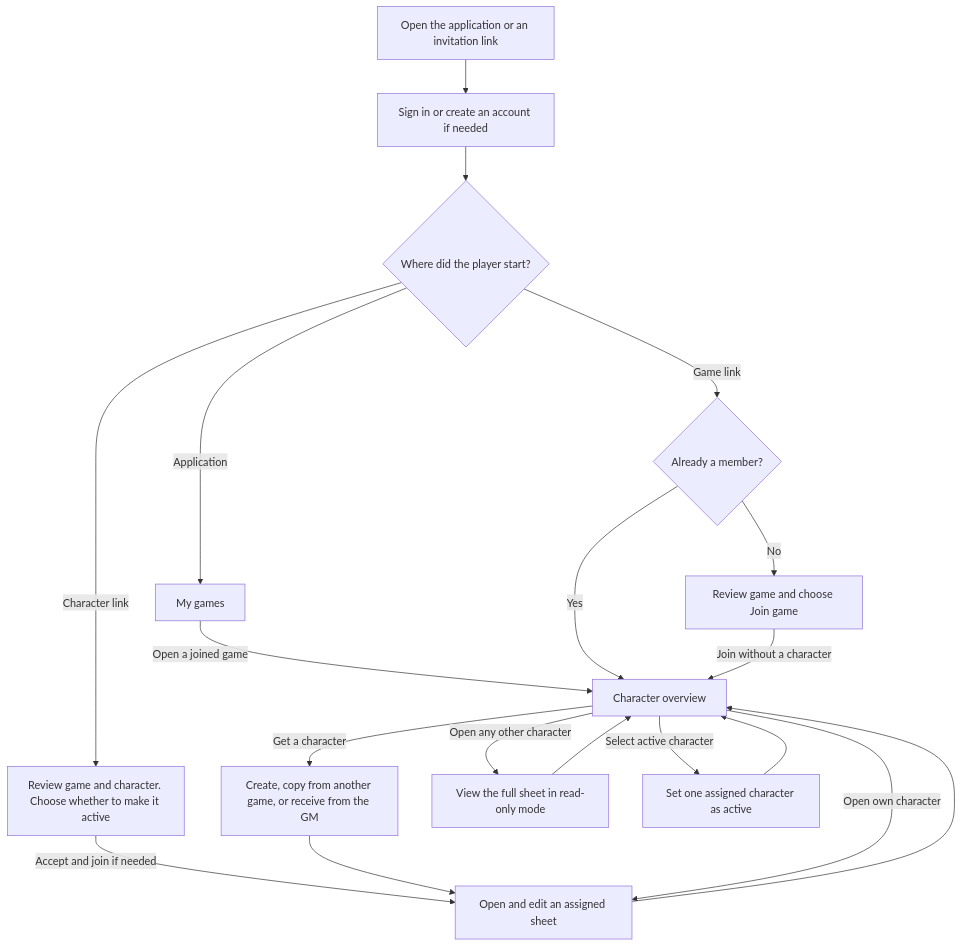
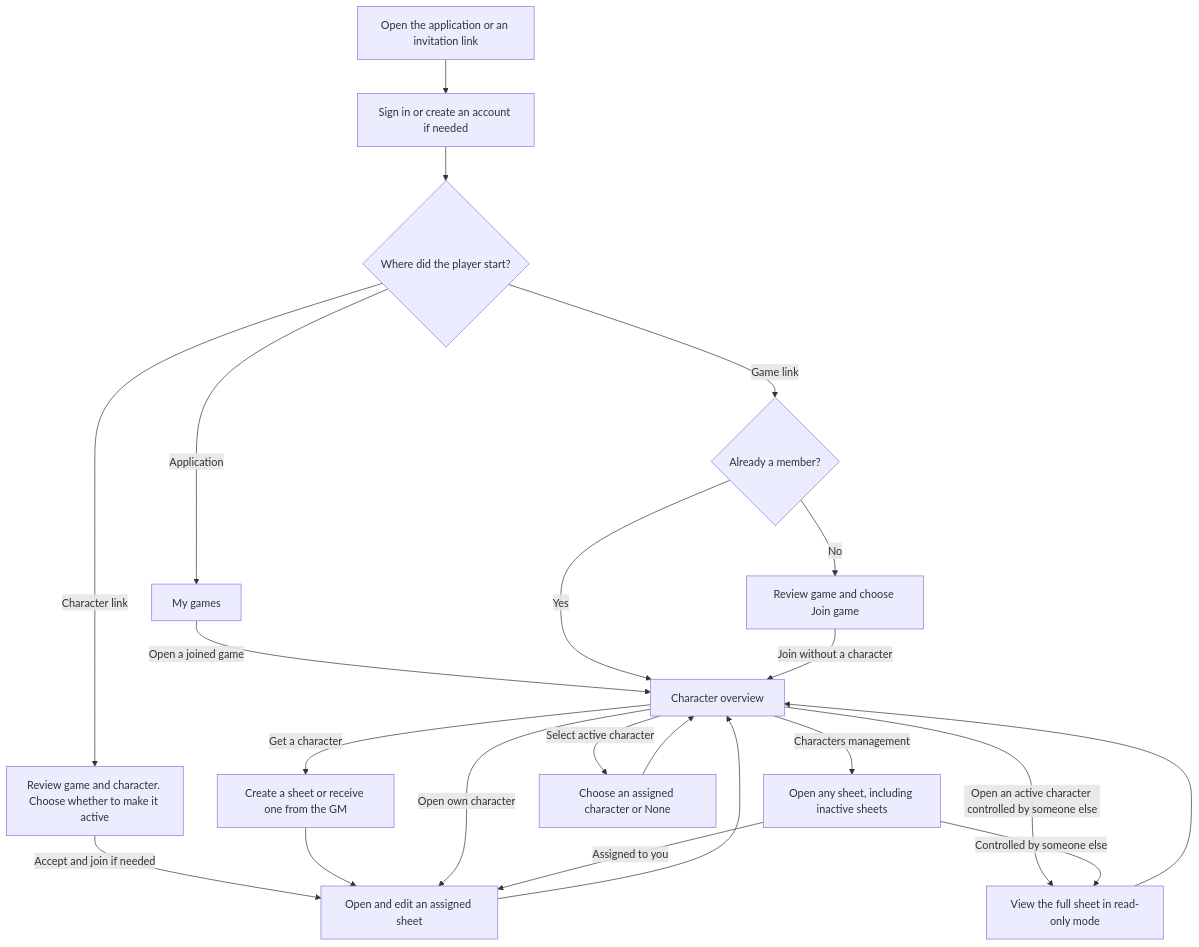
One commit to Mighty683/rpg-engine changed the second of 2 diagrams in docs/tasks/gm-player-separation/ux.md. Above: the diagram before and after it, drawn with Mermaid. The commit also changed other lines of this file and 13 other files, not shown here.

````diff
--- a/docs/tasks/gm-player-separation/ux.md
+++ b/docs/tasks/gm-player-separation/ux.md
@@ -48,22 +52,25 @@
 ```mermaid
 flowchart TD
     Start["Open the application or an invitation link"] --> SignIn["Sign in or create an account if needed"]
     SignIn --> Entry{"Where did the player start?"}
     Entry -->|Application| Games["My games"]
     Games -->|Open a joined game| Overview["Character overview"]
     Entry -->|Game link| Member{"Already a member?"}
     Member -->|Yes| Overview
     Member -->|No| Join["Review game and choose Join game"]
     Join -->|Join without a character| Overview
     Entry -->|Character link| Claim["Review game and character. Choose whether to make it active"]
     Claim -->|Accept and join if needed| Own["Open and edit an assigned sheet"]
 
-    Overview -->|Get a character| Acquire["Create, copy from another game, or receive from the GM"]
+    Overview -->|Get a character| Acquire["Create a sheet or receive one from the GM"]
     Acquire --> Own
     Overview -->|Open own character| Own
-    Overview -->|Open any other character| Read["View the full sheet in read-only mode"]
-    Overview -->|Select active character| Active["Set one assigned character as active"]
+    Overview -->|Open an active character controlled by someone else| Read["View the full sheet in read-only mode"]
+    Overview -->|Characters management| Manage["Open any sheet, including inactive sheets"]
+    Manage -->|Assigned to you| Own
+    Manage -->|Controlled by someone else| Read
+    Overview -->|Select active character| Active["Choose an assigned character or None"]
     Own --> Overview
     Read --> Overview
     Active --> Overview
 ```
````
